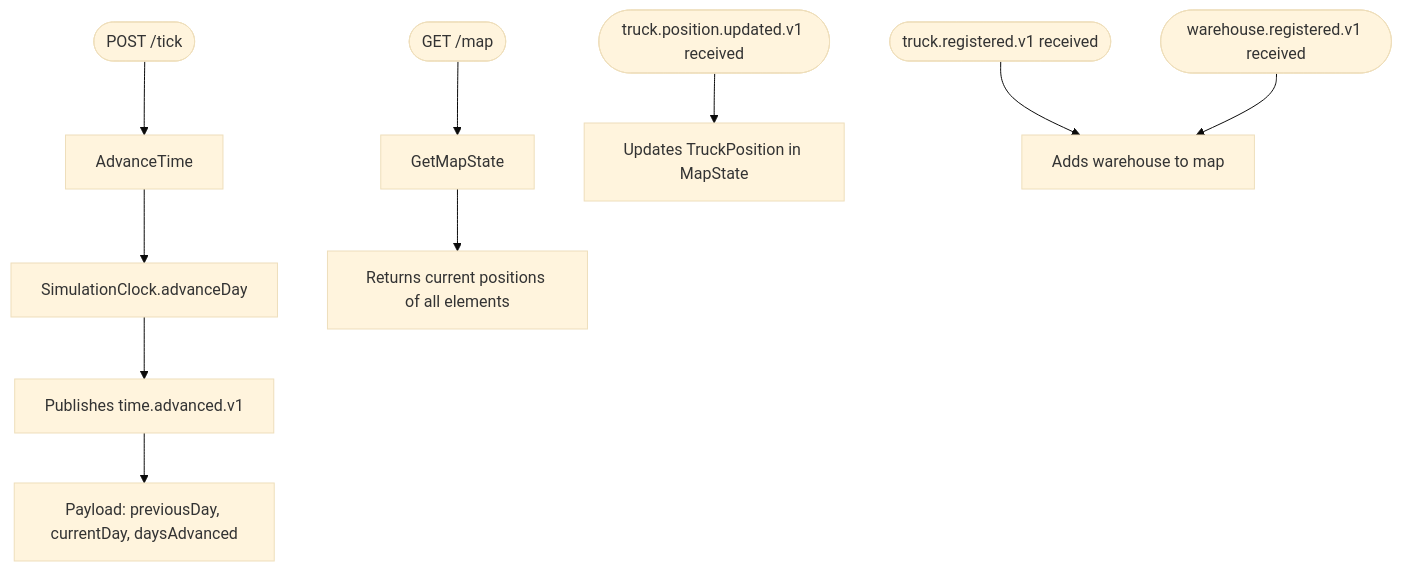
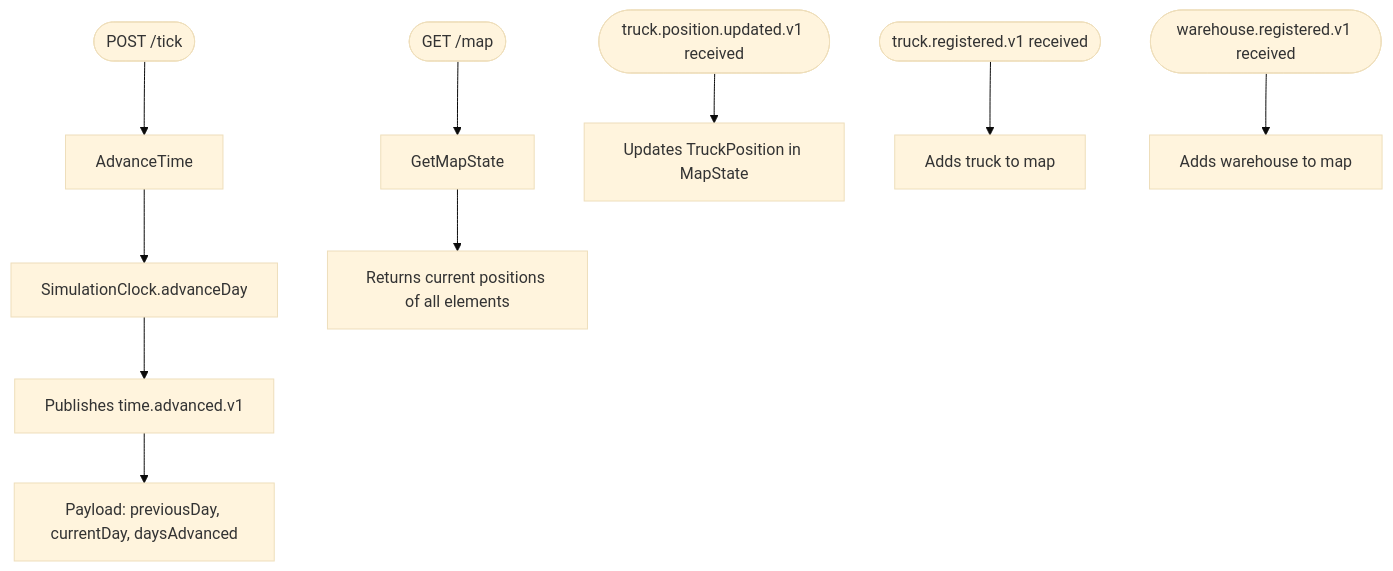
One commit to fraarrmat11/MS-SIMULATION changed the third of 3 diagrams in README.md. Above: the diagram before and after it, drawn with Mermaid (base theme).

Commit message:
docs: fix contracts errors

````diff
--- a/README.md
+++ b/README.md
@@ -71,14 +71,14 @@
 ```mermaid
 flowchart TD
     UC1([POST /tick]) --> A1[AdvanceTime]
     A1 --> A2[SimulationClock.advanceDay]
     A2 --> A3[Publishes time.advanced.v1]
     A3 --> A4[Payload: previousDay, currentDay, daysAdvanced]
 
     UC2([GET /map]) --> B1[GetMapState]
     B1 --> B2[Returns current positions of all elements]
 
     EV1([truck.position.updated.v1 received]) --> C1[Updates TruckPosition in MapState]
-    EV2([truck.registered.v1 received]) --> C4[Adds truck to map]
-    EV3([warehouse.registered.v1 received]) --> C4[Adds warehouse to map]
+    EV2([truck.registered.v1 received]) --> C2[Adds truck to map]
+    EV3([warehouse.registered.v1 received]) --> C3[Adds warehouse to map]
 ```
````
